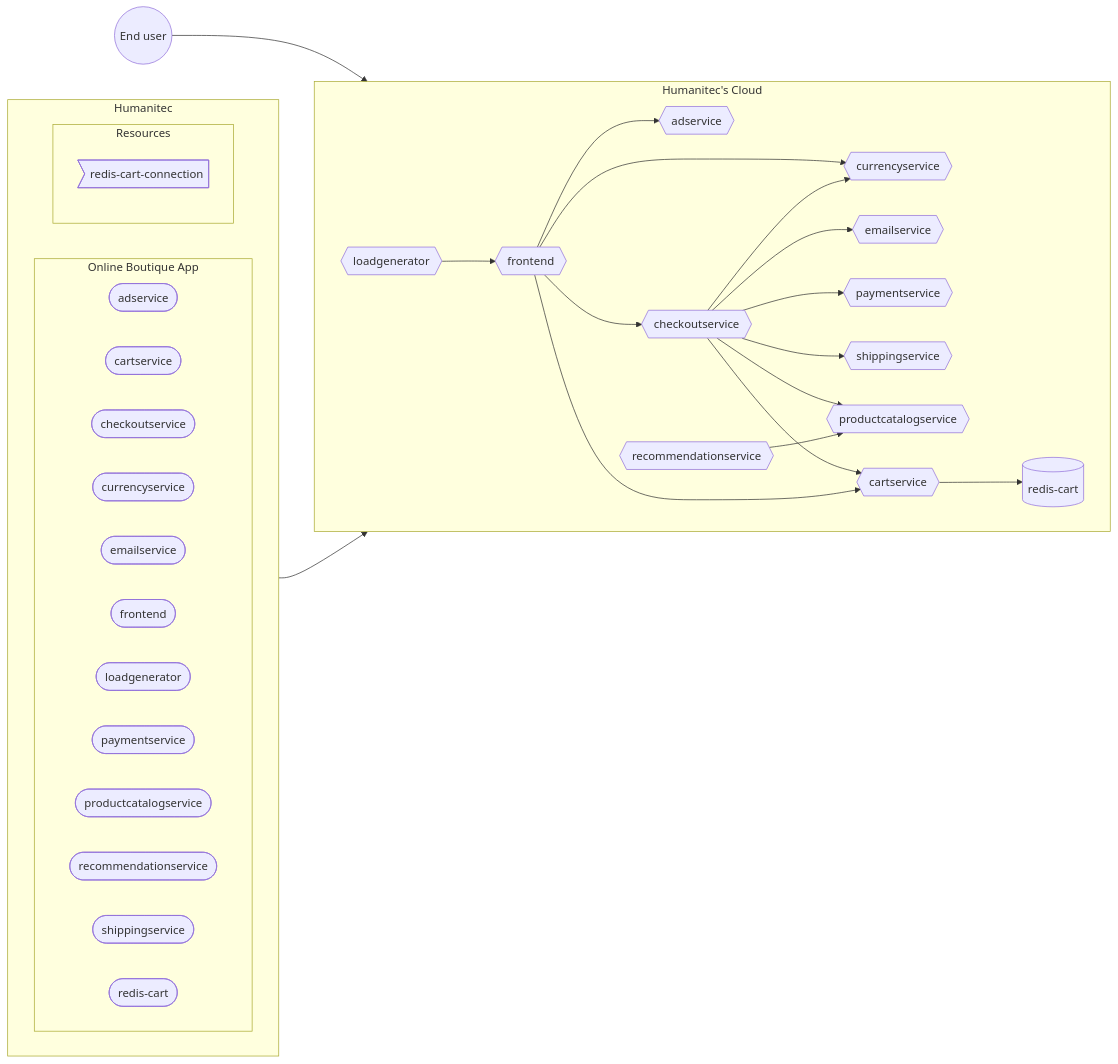
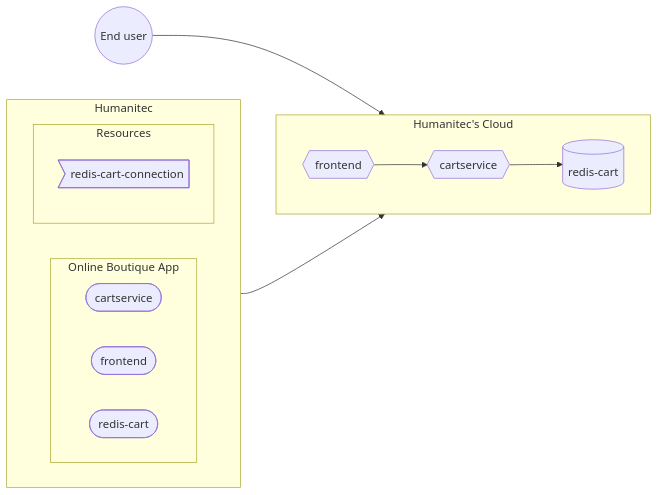
One commit to mathieu-benoit/hello-humanitec changed the diagram in docs/humanitec-default.md. Above: the diagram before and after it, drawn with Mermaid.

Commit message:
Simplify gke-basic diagram

````diff
--- a/docs/humanitec-default.md
+++ b/docs/humanitec-default.md
@@ -9,42 +9,22 @@
 ```mermaid
 flowchart LR
   subgraph Humanitec
     direction LR
     subgraph onlineboutique [Online Boutique App]
         direction LR
-        adservice-workload([adservice])
         cartservice-workload([cartservice])
-        checkoutservice-workload([checkoutservice])
-        currencyservice-workload([currencyservice])
-        emailservice-workload([emailservice])
         frontend-workload([frontend])
-        loadgenerator-workload([loadgenerator])
-        paymentservice-workload([paymentservice])
-        productcatalogservice-workload([productcatalogservice])
-        recommendationservice-workload([recommendationservice])
-        shippingservice-workload([shippingservice])
         redis-cart-workload([redis-cart])
     end
     subgraph Resources
         redis-cart-connection>redis-cart-connection]
     end
   end
   subgraph cloud [Humanitec's Cloud]
       direction LR
-      frontend{{frontend}}-->adservice{{adservice}}
-      frontend-->checkoutservice{{checkoutservice}}
-      frontend-->currencyservice{{currencyservice}}
-      checkoutservice-->emailservice{{emailservice}}
-      checkoutservice-->paymentservice{{paymentservice}}
-      checkoutservice-->currencyservice
-      checkoutservice-->shippingservice{{shippingservice}}
-      checkoutservice-->productcatalogservice{{productcatalogservice}}
-      checkoutservice-->cartservice{{cartservice}}
-      frontend-->cartservice
-      loadgenerator{{loadgenerator}}-->frontend
-      recommendationservice{{recommendationservice}}-->productcatalogservice
+      frontend{{frontend}}-->cartservice{{cartservice}}
       cartservice-->redis-cart[(redis-cart)]
   end
   Humanitec-->cloud
   enduser((End user))-->frontend
 ```
````
